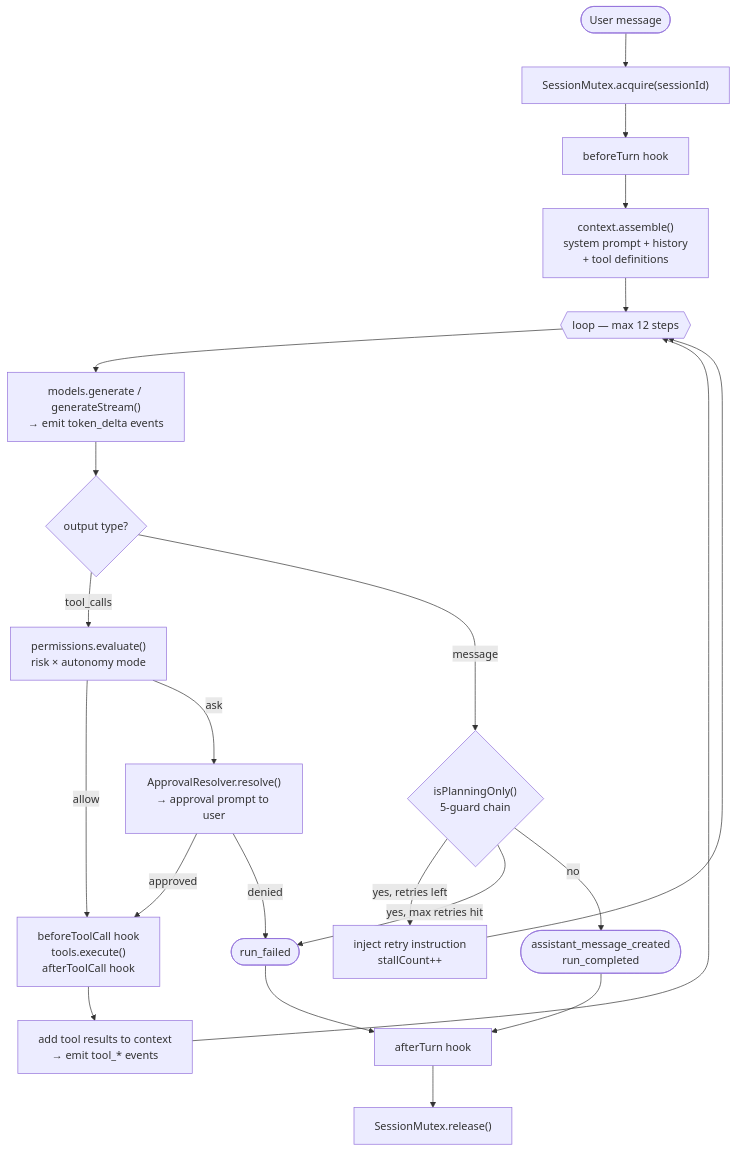
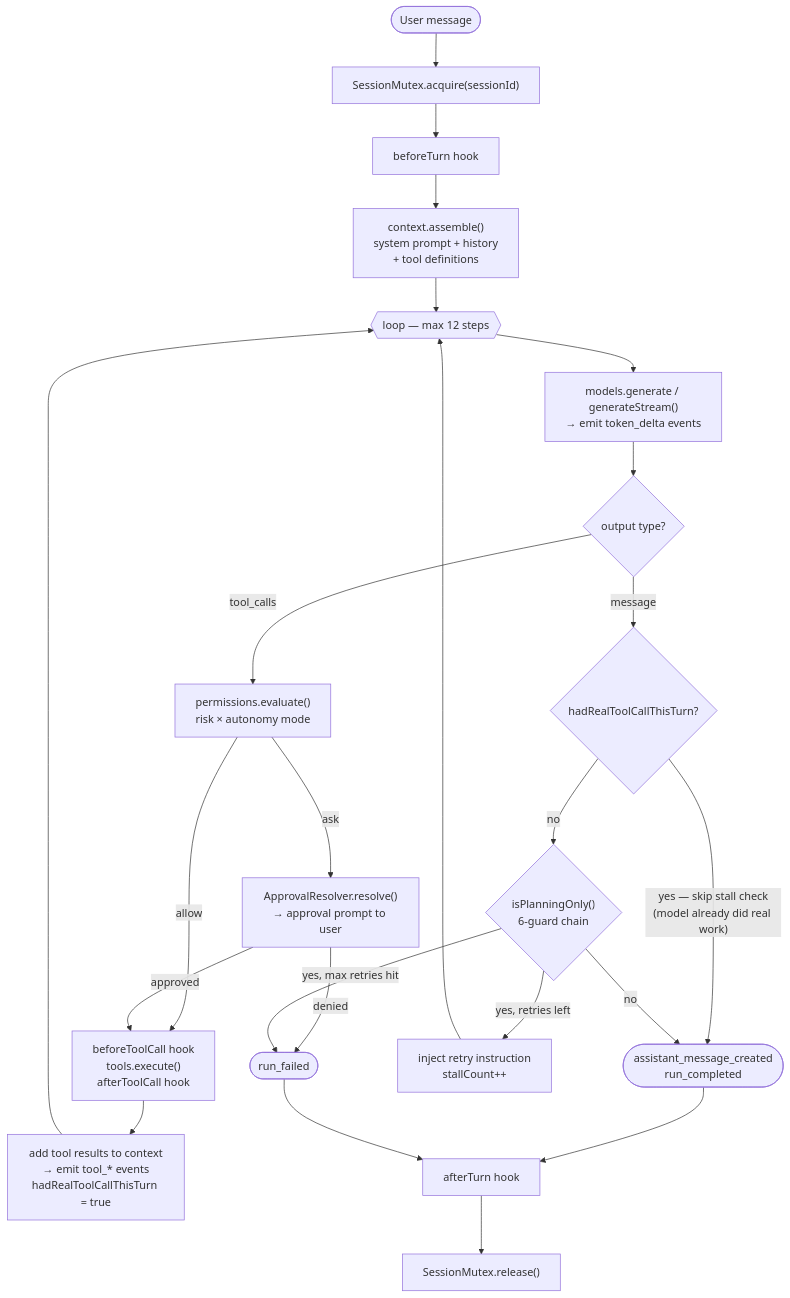
The second of 2 diagrams in README.md (arvinzzq/peewit), drawn with Mermaid before and after one commit. The commit also changed 5 other files, not shown here.

````diff
--- a/README.md
+++ b/README.md
@@ -213,28 +213,30 @@
 ```mermaid
 flowchart TD
     START(["User message"]) --> MUTEX["SessionMutex.acquire(sessionId)"]
     MUTEX --> BT["beforeTurn hook"]
     BT --> CTX["context.assemble()\nsystem prompt + history\n+ tool definitions"]
     CTX --> LOOP{{"loop — max 12 steps"}}
 
     LOOP --> MODEL["models.generate / generateStream()\n→ emit token_delta events"]
     MODEL --> OUT{"output type?"}
 
     OUT -->|tool_calls| PERM["permissions.evaluate()\nrisk × autonomy mode"]
     PERM -->|allow| BTC["beforeToolCall hook\ntools.execute()\nafterToolCall hook"]
     PERM -->|ask| APPR["ApprovalResolver.resolve()\n→ approval prompt to user"]
     APPR -->|approved| BTC
     APPR -->|denied| FAIL
-    BTC --> RES["add tool results to context\n→ emit tool_* events"]
+    BTC --> RES["add tool results to context\n→ emit tool_* events\nhadRealToolCallThisTurn = true"]
     RES --> LOOP
 
-    OUT -->|message| STALL{"isPlanningOnly()\n5-guard chain"}
+    OUT -->|message| TGUARD{"hadRealToolCallThisTurn?"}
+    TGUARD -->|"yes — skip stall check\n(model already did real work)"| DONE
+    TGUARD -->|no| STALL{"isPlanningOnly()\n6-guard chain"}
     STALL -->|"yes, retries left"| RETRY["inject retry instruction\nstallCount++"]
     RETRY --> LOOP
     STALL -->|"yes, max retries hit"| FAIL(["run_failed"])
     STALL -->|no| DONE(["assistant_message_created\nrun_completed"])
 
     DONE --> AT["afterTurn hook"]
     FAIL --> AT
     AT --> REL["SessionMutex.release()"]
 ```
````
